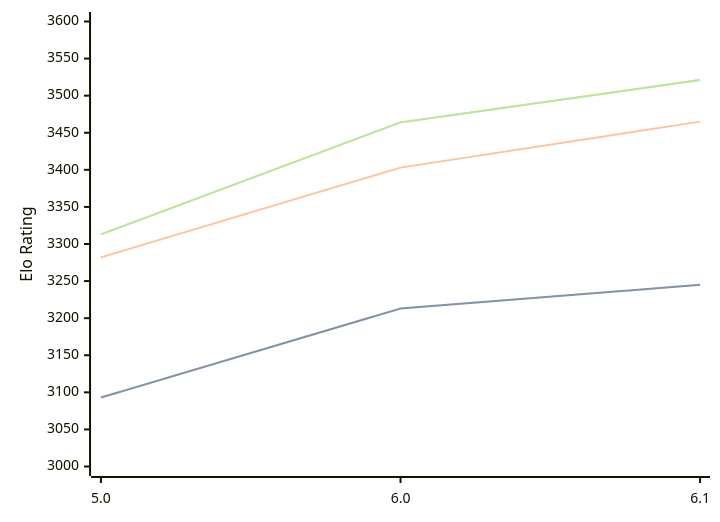
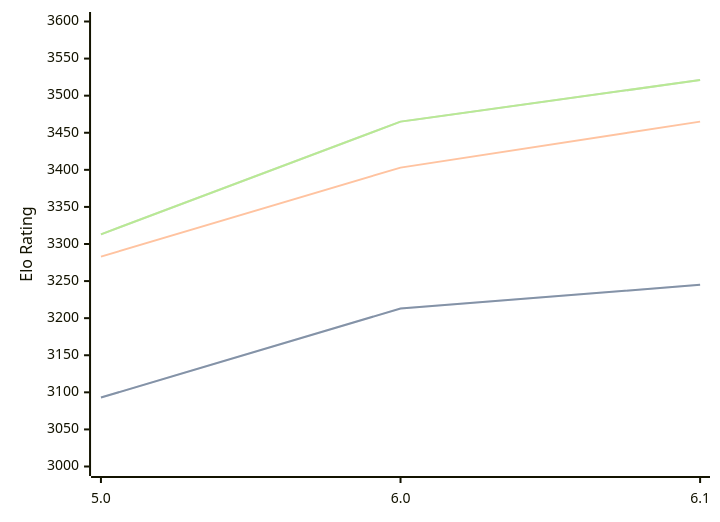
The diagram in engines/PZChessBot.md (computer-chess-index/cci), drawn with Mermaid before and after one commit. The commit also changed other lines of this file, not shown here.

Commit message:
Update CCI Ratings (ELO VLTC) - 2026-05-03

````diff
--- a/engines/PZChessBot.md
+++ b/engines/PZChessBot.md
@@ -42,11 +42,11 @@
 ```mermaid
 %%{init: {"theme":"base","themeVariables":{"seriesColors:['#a3a3a3','#222221','#faa371']}}}%%
 xychart-beta
   x-axis ["5.0", "6.0", "6.1"]
   y-axis "Elo Rating" 3000 --> 3600
   line "STC (8.0+0.08s)" [3093, 3213, 3245]
   line "STC (8.0+0.08s)" [3093, 3213, 3245]
-  line "LTC (60.0+0.60s)" [3282, 3403, 3465]
-  line "VLTC (2m24s+1.12s)" [3313, 3464, 3521]
-  line "VLTC (2m24s+1.12s)" [3313, 3464, 3521]
+  line "LTC (60.0+0.60s)" [3283, 3403, 3465]
+  line "VLTC (2m24s+1.12s)" [3313, 3465, 3521]
+  line "VLTC (2m24s+1.12s)" [3313, 3465, 3521]
 ```
````
